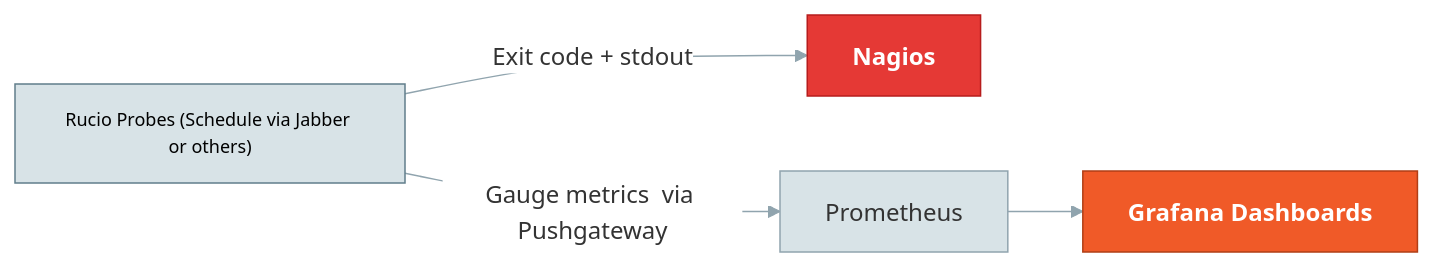
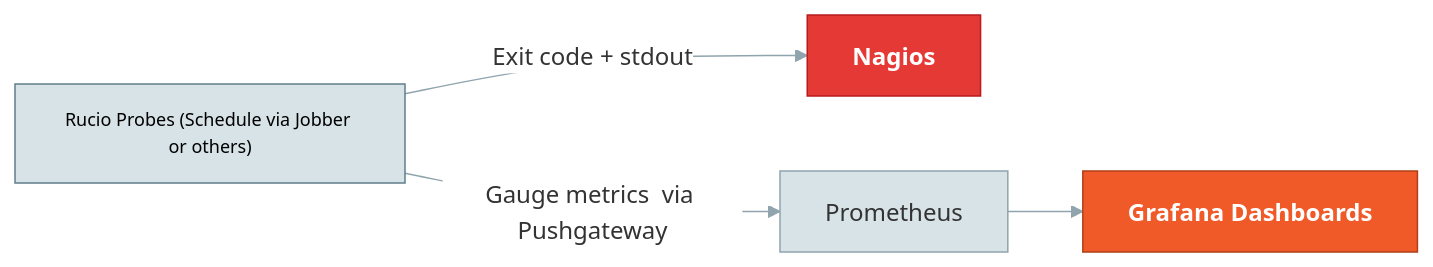
The fifth of 5 diagrams in docs/operator/monitoring.md (rucio/documentation), drawn with Mermaid before and after one commit. The commit also changed other lines of this file, not shown here.

````diff
--- a/docs/operator/monitoring.md
+++ b/docs/operator/monitoring.md
@@ -430,29 +430,29 @@
 ```mermaid
 %%{init: {'theme': 'base', 'themeVariables': {
   'primaryColor': '#d8e3e7',
   'edgeLabelBackground': '#ffffff',
   'tertiaryColor': '#cdd5d9',
   'fontFamily': 'monospace',
   'primaryBorderColor': '#90a4ae',
   'lineColor': '#90a4ae'
 }}}%%
 flowchart LR
-  Probe["Rucio Probes (Schedule via Jabber or others)"]
+  Probe["Rucio Probes (Schedule via Jobber or others)"]
   Nagios["Nagios"]
   Prometheus["Prometheus"]
   Grafana["Grafana Dashboards"]
 
   Probe -- Exit code + stdout --> Nagios
   Probe -- Gauge metrics  via Pushgateway--> Prometheus
   Prometheus --> Grafana
 
   classDef probe fill:#d8e3e7,stroke:#607d8b,color:#000,font-size:12px;
   classDef nagios fill:#E53935,stroke:#B71C1C,color:#fff,font-weight:bold;
   classDef prom fill:#00868,stroke:#00695C,color:#fff,font-weight:bold;
   classDef graf fill:#F05A28,stroke:#b03e16,color:#fff,font-weight:bold;
 
   class Probe probe;
   class Nagios nagios;
   class prometheus prom;
   class Grafana graf;
 ```
````
